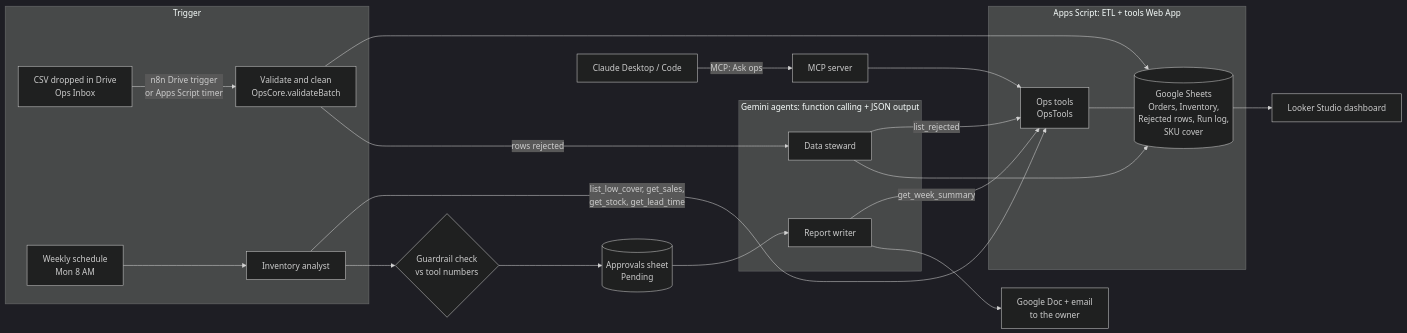
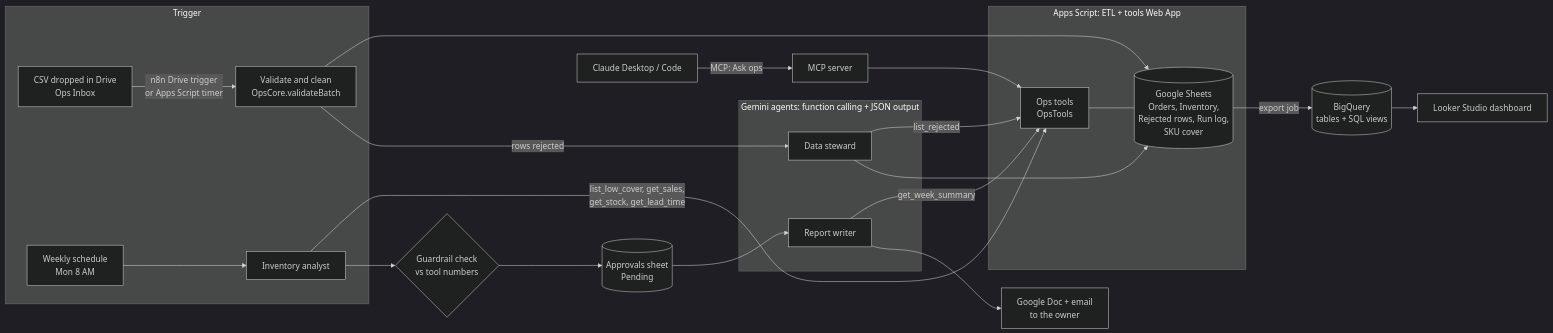
One commit to naarrzz/supplement-ops-agent changed the diagram in README.md. Above: the diagram before and after it, drawn with Mermaid (dark theme). The commit also changed other lines of this file and 3 other files, not shown here.

Commit message:
Document the BigQuery layer: README data section, setup and dashboard steps

````diff
--- a/README.md
+++ b/README.md
@@ -25,24 +25,25 @@
 ```mermaid
 flowchart LR
   subgraph Trigger
     A[CSV dropped in Drive<br/>Ops Inbox] -->|n8n Drive trigger<br/>or Apps Script timer| B
     S[Weekly schedule<br/>Mon 8 AM] --> F
   end
   subgraph AppsScript[Apps Script: ETL + tools Web App]
     B[Validate and clean<br/>OpsCore.validateBatch] --> C[(Google Sheets<br/>Orders, Inventory,<br/>Rejected rows, Run log,<br/>SKU cover)]
     T[Ops tools<br/>OpsTools] --- C
   end
   subgraph Agents[Gemini agents: function calling + JSON output]
     D[Data steward] -->|list_rejected| T
     F[Inventory analyst] -->|list_low_cover, get_sales,<br/>get_stock, get_lead_time| T
     G[Report writer] -->|get_week_summary| T
   end
   B -->|rows rejected| D
   D --> C
   F --> H{Guardrail check<br/>vs tool numbers}
   H --> I[(Approvals sheet<br/>Pending)]
   I --> G
   G --> J[Google Doc + email<br/>to the owner]
-  C --> K[Looker Studio dashboard]
+  C -->|export job| BQ[(BigQuery<br/>tables + SQL views)]
+  BQ --> K[Looker Studio dashboard]
   M[Claude Desktop / Code] -->|MCP: Ask ops| N[MCP server] --> T
 ```
````
